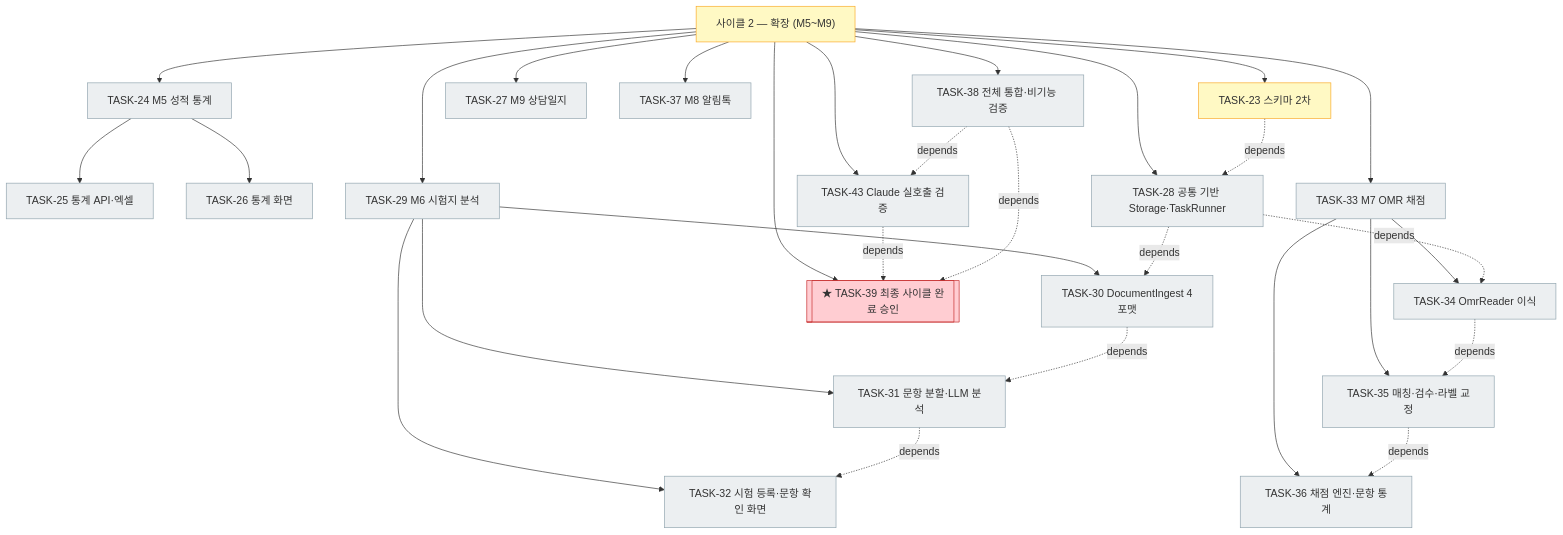
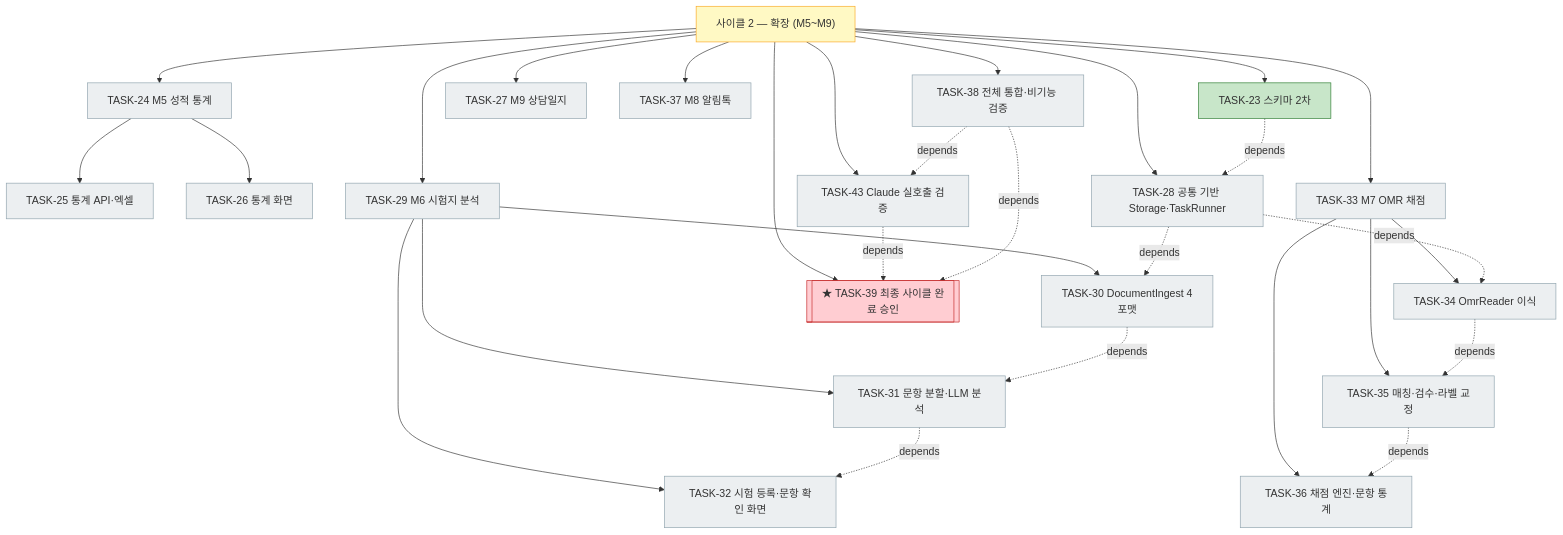
Before and after one commit to bluesky5008/mathdesk: the third of 3 diagrams in docs/plan.md, drawn with Mermaid. The commit also changed other lines of this file and 8 other files, not shown here.

First line of the commit message:
feat(api): TASK-23 스키마 2차 — 시험·OMR·상담·파일·LLM 호출 로그

````diff
--- a/docs/plan.md
+++ b/docs/plan.md
@@ -165,36 +165,36 @@
 ```mermaid
 flowchart TD
     C2["사이클 2 — 확장 (M5~M9)"]:::active
-    C2 --> T23["TASK-23 스키마 2차"]:::active
+    C2 --> T23["TASK-23 스키마 2차"]:::done
     C2 --> T24["TASK-24 M5 성적 통계"]:::todo
     T24 --> T25["TASK-25 통계 API·엑셀"]:::todo
     T24 --> T26["TASK-26 통계 화면"]:::todo
     C2 --> T27["TASK-27 M9 상담일지"]:::todo
     C2 --> T28["TASK-28 공통 기반 Storage·TaskRunner"]:::todo
     C2 --> T29["TASK-29 M6 시험지 분석"]:::todo
     T29 --> T30["TASK-30 DocumentIngest 4포맷"]:::todo
     T29 --> T31["TASK-31 문항 분할·LLM 분석"]:::todo
     T29 --> T32["TASK-32 시험 등록·문항 확인 화면"]:::todo
     C2 --> T33["TASK-33 M7 OMR 채점"]:::todo
     T33 --> T34["TASK-34 OmrReader 이식"]:::todo
     T33 --> T35["TASK-35 매칭·검수·라벨 교정"]:::todo
     T33 --> T36["TASK-36 채점 엔진·문항 통계"]:::todo
     C2 --> T37["TASK-37 M8 알림톡"]:::todo
     C2 --> T38["TASK-38 전체 통합·비기능 검증"]:::todo
     C2 --> T43["TASK-43 Claude 실호출 검증"]:::todo
     C2 --> T39[["★ TASK-39 최종 사이클 완료 승인"]]:::gate
     T23 -. depends .-> T28
     T28 -. depends .-> T30
     T30 -. depends .-> T31
     T31 -. depends .-> T32
     T28 -. depends .-> T34
     T34 -. depends .-> T35
     T35 -. depends .-> T36
     T38 -. depends .-> T43
     T43 -. depends .-> T39
     T38 -. depends .-> T39
     classDef done fill:#c8e6c9,stroke:#2e7d32
     classDef active fill:#fff9c4,stroke:#f9a825
     classDef todo fill:#eceff1,stroke:#90a4ae
     classDef gate fill:#ffcdd2,stroke:#c62828
 ```
````
